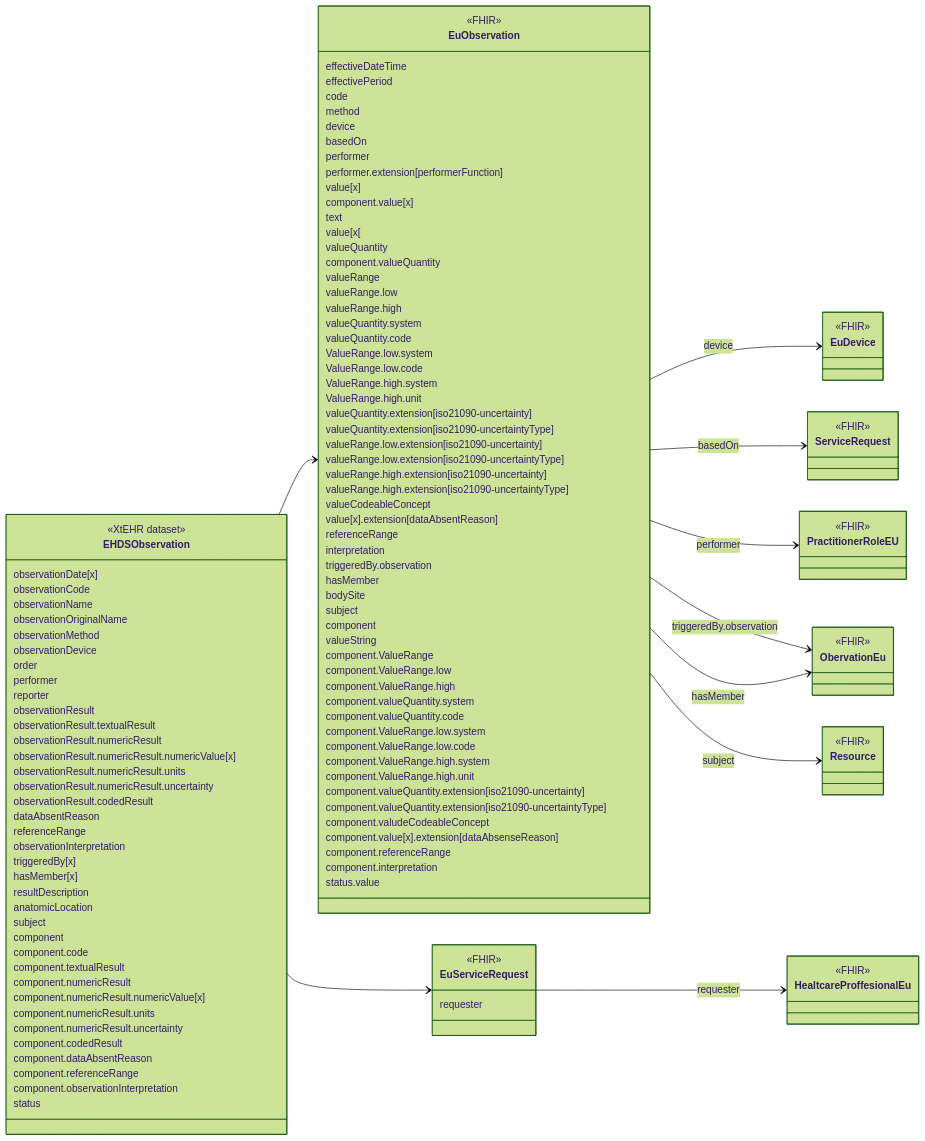
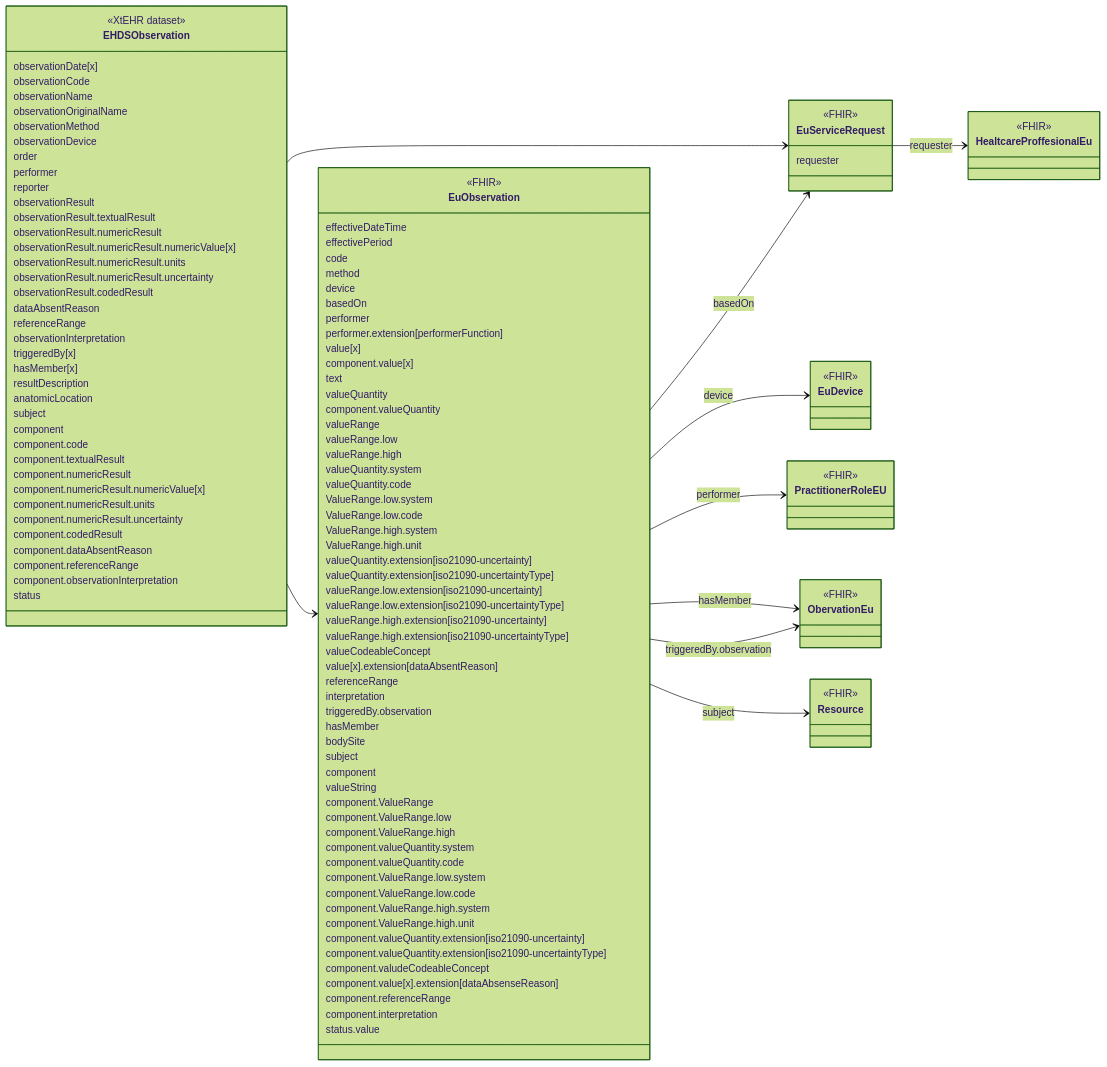
The diagram in input/intro-notes/ConceptMap-EHDSObservationMap-intro.md (oijauregui/ehdsimaging), drawn with Mermaid (forest theme) before and after one commit. The commit also changed 85 other files, not shown here.

```diff
--- a/input/intro-notes/ConceptMap-EHDSObservationMap-intro.md
+++ b/input/intro-notes/ConceptMap-EHDSObservationMap-intro.md
@@ -58,7 +58,6 @@
   value[x]
   component.value[x]
   text
-  value[x[
   valueQuantity
   component.valueQuantity
   valueRange
@@ -112,7 +111,7 @@
 class EuDevice {
   <<FHIR>>
 }
-class ServiceRequest {
+class EuServiceRequest {
   <<FHIR>>
 }
 class PractitionerRoleEU {
@@ -129,7 +128,7 @@
 }
 EHDSObservation --> EuObservation
 EuObservation --> EuDevice : device
-EuObservation --> ServiceRequest : basedOn
+EuObservation --> EuServiceRequest : basedOn
 EuObservation --> PractitionerRoleEU : performer
 EuObservation --> ObervationEu : triggeredBy.observation
 EuObservation --> ObervationEu : hasMember
```
